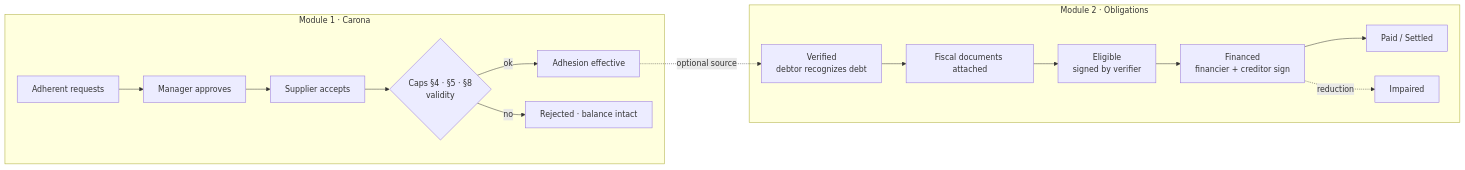
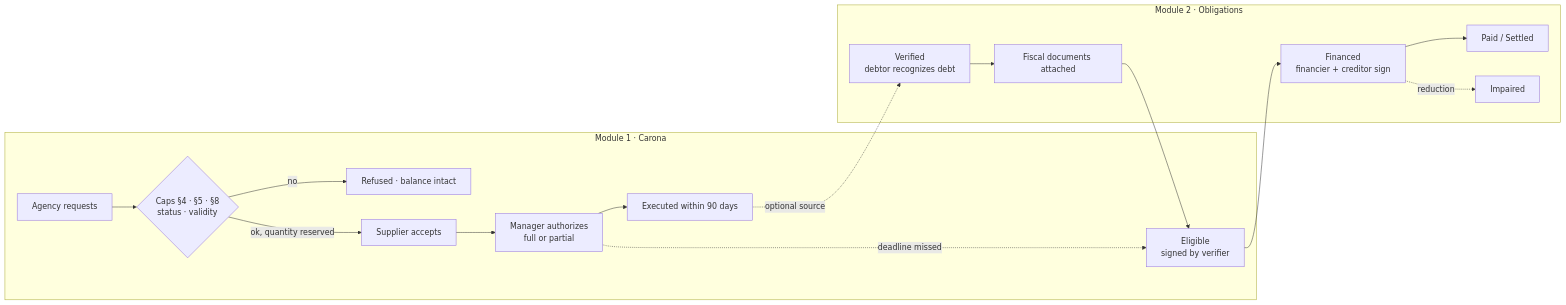
The diagram in README.md (yasminramoscontato-commits/solutio-protocol), drawn with Mermaid before and after one commit. The commit also changed other lines of this file and 13 other files, not shown here.

````diff
--- a/README.md
+++ b/README.md
@@ -66,17 +68,19 @@
 ```mermaid
 flowchart LR
   subgraph M1[Module 1 · Carona]
-    R[Adherent requests] --> A[Manager approves] --> S[Supplier accepts]
-    S --> C{Caps §4 · §5 · §8<br/>validity}
-    C -- ok --> E[Adhesion effective]
-    C -- no --> X[Rejected · balance intact]
+    R[Agency requests] --> C{Caps §4 · §5 · §8<br/>status · validity}
+    C -- no --> X[Refused · balance intact]
+    C -- ok, quantity reserved --> S[Supplier accepts]
+    S --> A[Manager authorizes<br/>full or partial]
+    A --> E[Executed within 90 days]
+    A -. deadline missed .-> L[Lapsed · quantity released]
   end
   subgraph M2[Module 2 · Obligations]
     V[Verified<br/>debtor recognizes debt] --> D[Fiscal documents attached]
     D --> L[Eligible<br/>signed by verifier]
     L --> F[Financed<br/>financier + creditor sign]
     F --> P[Paid / Settled]
     F -. reduction .-> I[Impaired]
   end
   E -. optional source .-> V
 ```
````
